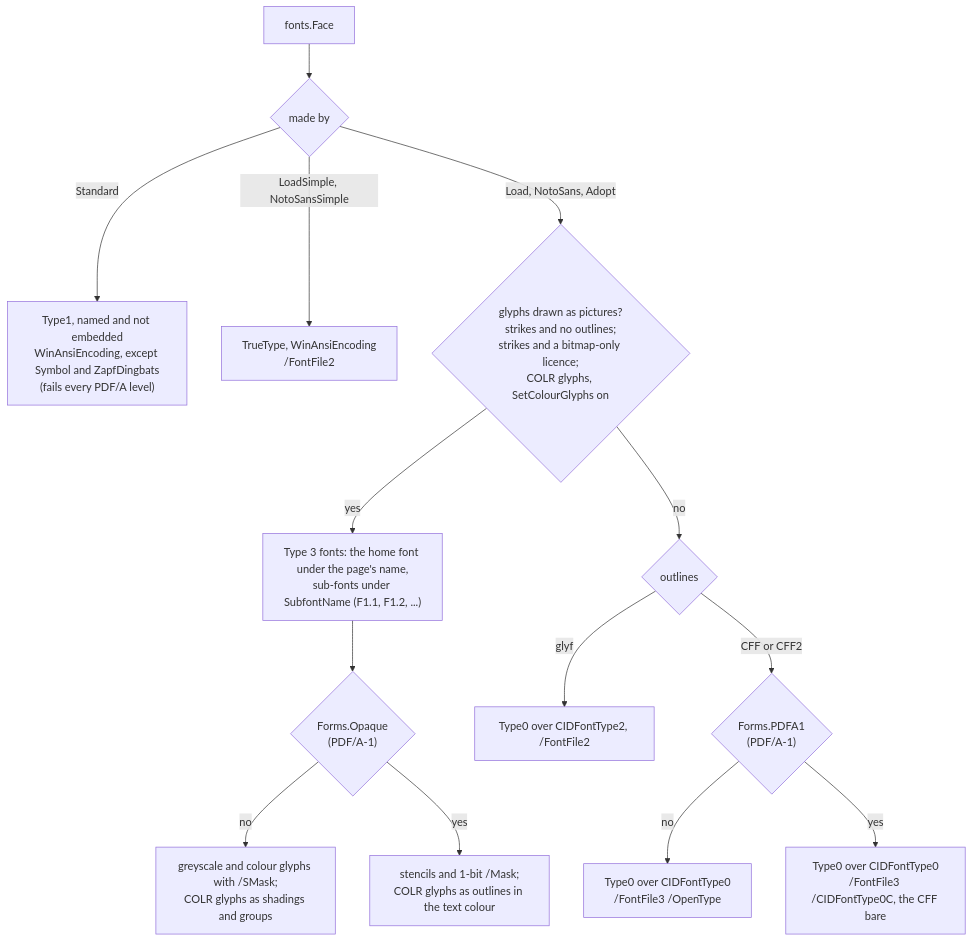
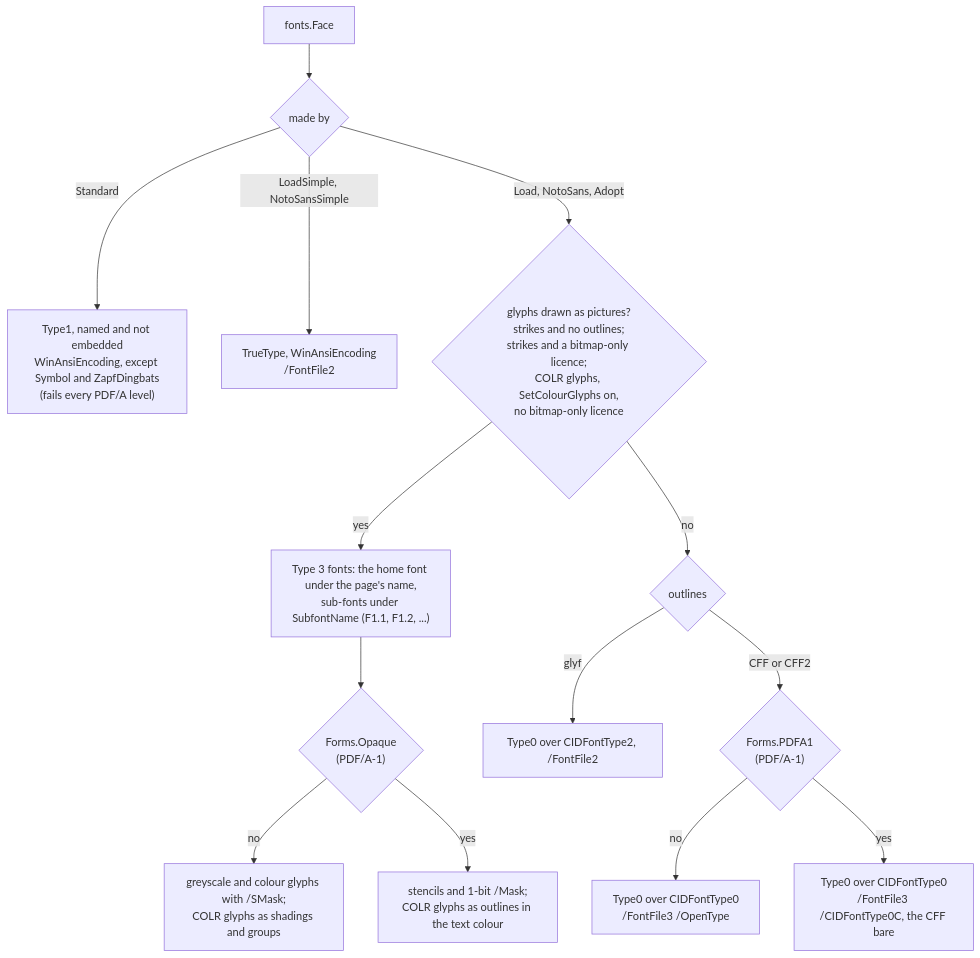
One commit to mgilbir/pdf0 changed the diagram in docs/text.md. Above: the diagram before and after it, drawn with Mermaid. The commit also changed other lines of this file and 2 other files, not shown here.

First line of the commit message:
docs: state the colour-face licence rule, and the Embed ordering on Page.Faces

````diff
--- a/docs/text.md
+++ b/docs/text.md
@@ -233,16 +235,16 @@
 ```mermaid
 flowchart TD
     F["fonts.Face"] --> K{"made by"}
     K -->|"Standard"| STD["Type1, named and not embedded<br/>WinAnsiEncoding, except Symbol and ZapfDingbats<br/>(fails every PDF/A level)"]
     K -->|"LoadSimple, NotoSansSimple"| SIM["TrueType, WinAnsiEncoding<br/>/FontFile2"]
-    K -->|"Load, NotoSans, Adopt"| PIC{"glyphs drawn as pictures?<br/>strikes and no outlines;<br/>strikes and a bitmap-only licence;<br/>COLR glyphs, SetColourGlyphs on"}
+    K -->|"Load, NotoSans, Adopt"| PIC{"glyphs drawn as pictures?<br/>strikes and no outlines;<br/>strikes and a bitmap-only licence;<br/>COLR glyphs, SetColourGlyphs on,<br/>no bitmap-only licence"}
     PIC -->|yes| T3["Type 3 fonts: the home font under the page's name,<br/>sub-fonts under SubfontName (F1.1, F1.2, ...)"]
     T3 --> OPQ{"Forms.Opaque<br/>(PDF/A-1)"}
     OPQ -->|no| T3S["greyscale and colour glyphs with /SMask;<br/>COLR glyphs as shadings and groups"]
     OPQ -->|yes| T3O["stencils and 1-bit /Mask;<br/>COLR glyphs as outlines in the text colour"]
     PIC -->|no| OUT{"outlines"}
     OUT -->|glyf| TT["Type0 over CIDFontType2, /FontFile2"]
     OUT -->|"CFF or CFF2"| A1{"Forms.PDFA1<br/>(PDF/A-1)"}
     A1 -->|no| OT["Type0 over CIDFontType0<br/>/FontFile3 /OpenType"]
     A1 -->|yes| BARE["Type0 over CIDFontType0<br/>/FontFile3 /CIDFontType0C, the CFF bare"]
 ```
````
